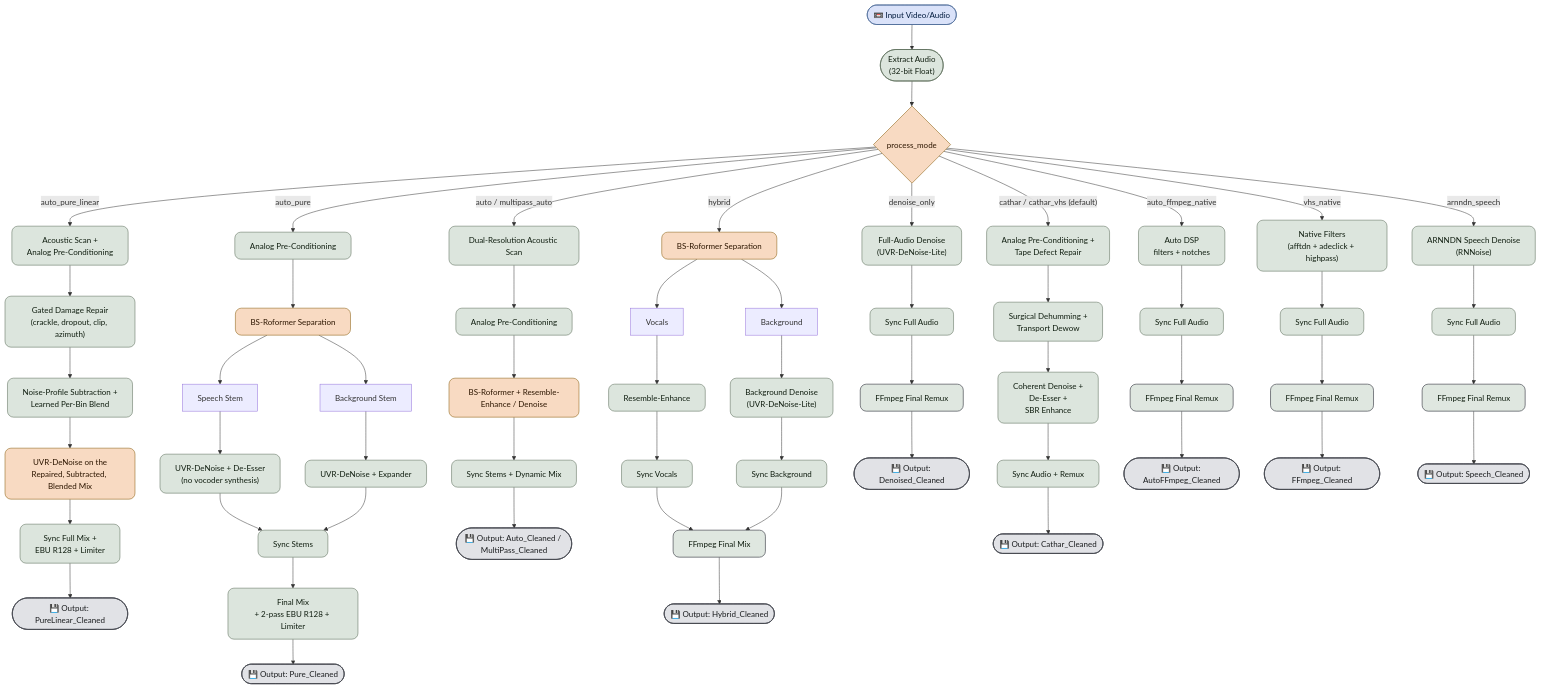
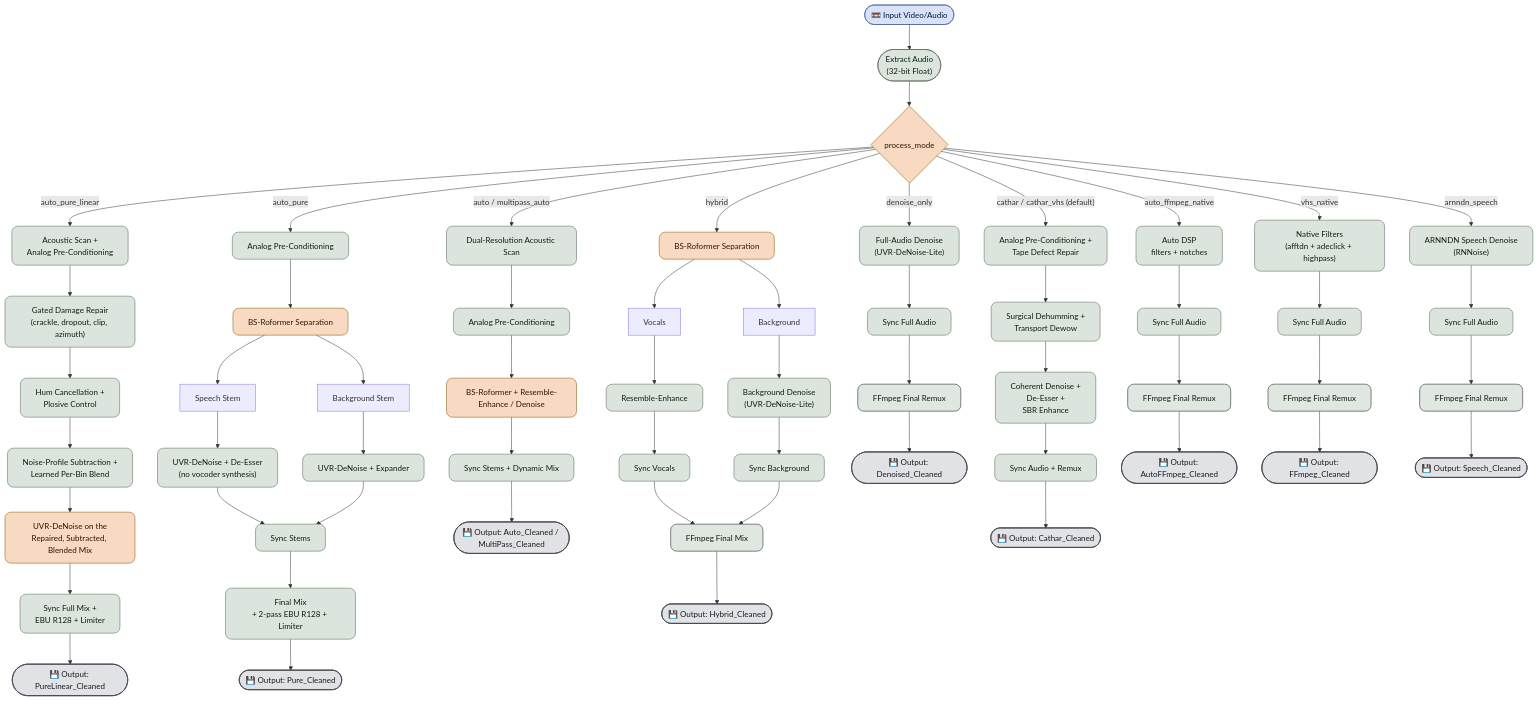
The first of 2 diagrams in README.md (ventura8/AI-Hybrid-VHS-Audio-Restorer), drawn with Mermaid before and after one commit. The commit also changed other lines of this file, not shown here.

Commit message:
Name the hum canceller and plosive control in the README

````diff
--- a/README.md
+++ b/README.md
@@ -226,79 +230,80 @@
 ```mermaid
 flowchart TD
 %% Material You (Material 3) Muted Tonal Palette
 classDef input fill:#DAE2F9,stroke:#3F5F91,stroke-width:1px,color:#001B3E,rx:40,ry:40;
 classDef processing fill:#DCE5DD,stroke:#526350,stroke-width:1px,color:#101E10,rx:12,ry:12;
 classDef model fill:#F8DAC2,stroke:#825500,stroke-width:1px,color:#2D1600,rx:12,ry:12;
 classDef output fill:#E1E2E6,stroke:#44474E,stroke-width:1.5px,color:#1A1C1E,rx:40,ry:40;
 
 A(["📼 Input Video/Audio"]):::input --> B(["Extract Audio<br/>(32-bit Float)"]):::processing
 B --> MODE{"process_mode"}:::model
 
 MODE -->|"auto_pure_linear"| LP1["Acoustic Scan +<br/>Analog Pre-Conditioning"]:::processing
 LP1 --> LPR["Gated Damage Repair<br/>(crackle, dropout, clip, azimuth)"]:::processing
-LPR --> LPS["Noise-Profile Subtraction +<br/>Learned Per-Bin Blend"]:::processing
+LPR --> LPH["Hum Cancellation +<br/>Plosive Control"]:::processing
+LPH --> LPS["Noise-Profile Subtraction +<br/>Learned Per-Bin Blend"]:::processing
 LPS --> LP2["UVR-DeNoise on the<br/>Repaired, Subtracted, Blended Mix"]:::model
 LP2 --> LP3["Sync Full Mix +<br/>EBU R128 + Limiter"]:::processing
 LP3 --> LPOUT(["💾 Output: PureLinear_Cleaned"]):::output
 
 MODE -->|"auto_pure"| PP["Analog Pre-Conditioning"]:::processing
 PP --> PS["BS-Roformer Separation"]:::model
 PS --> PV["Speech Stem"]
 PS --> PB["Background Stem"]
 PV --> PVD["UVR-DeNoise + De-Esser<br/>(no vocoder synthesis)"]:::processing
 PB --> PBD["UVR-DeNoise + Expander"]:::processing
 PVD --> PSY["Sync Stems"]:::processing
 PBD --> PSY
 PSY --> PMIX["Final Mix<br/>+ 2-pass EBU R128 + Limiter"]:::processing
 PMIX --> POUT(["💾 Output: Pure_Cleaned"]):::output
 
 MODE -->|"auto / multipass_auto"| AP1["Dual-Resolution Acoustic Scan"]:::processing
 AP1 --> AP2["Analog Pre-Conditioning"]:::processing
 AP2 --> AP3["BS-Roformer + Resemble-Enhance / Denoise"]:::model
 AP3 --> AP4["Sync Stems + Dynamic Mix"]:::processing
 AP4 --> APOUT(["💾 Output: Auto_Cleaned / MultiPass_Cleaned"]):::output
 
 MODE -->|"hybrid"| RO["BS-Roformer Separation"]:::model
 RO --> V["Vocals"]
 RO --> I["Background"]
 V --> VE["Resemble-Enhance"]:::processing
 I --> BD["Background Denoise<br/>(UVR-DeNoise-Lite)"]:::processing
 VE --> SV["Sync Vocals"]:::processing
 BD --> SB["Sync Background"]:::processing
 SV --> HMIX["FFmpeg Final Mix"]:::processing
 SB --> HMIX
 HMIX --> HOUT(["💾 Output: Hybrid_Cleaned"]):::output
 
 MODE -->|"denoise_only"| FD["Full-Audio Denoise<br/>(UVR-DeNoise-Lite)"]:::processing
 FD --> FS["Sync Full Audio"]:::processing
 FS --> FMUX["FFmpeg Final Remux"]:::processing
 FMUX --> FOUT(["💾 Output: Denoised_Cleaned"]):::output
 
 MODE -->|"cathar / cathar_vhs (default)"| CP1["Analog Pre-Conditioning +<br/>Tape Defect Repair"]:::processing
 CP1 --> CP2["Surgical Dehumming +<br/>Transport Dewow"]:::processing
 CP2 --> CP3["Coherent Denoise +<br/>De-Esser +<br/>SBR Enhance"]:::processing
 CP3 --> CP4["Sync Audio + Remux"]:::processing
 CP4 --> CPOUT(["💾 Output: Cathar_Cleaned"]):::output
 
 MODE -->|"auto_ffmpeg_native"| AFN["Auto DSP<br/>filters + notches"]:::processing
 AFN --> AFS["Sync Full Audio"]:::processing
 AFS --> AFMIX["FFmpeg Final Remux"]:::processing
 AFMIX --> AFOUT(["💾 Output: AutoFFmpeg_Cleaned"]):::output
 
 MODE -->|"vhs_native"| VN["Native Filters<br/>(afftdn + adeclick + highpass)"]:::processing
 VN --> VS["Sync Full Audio"]:::processing
 VS --> VMUX["FFmpeg Final Remux"]:::processing
 VMUX --> VOUT(["💾 Output: FFmpeg_Cleaned"]):::output
 
 MODE -->|"arnndn_speech"| SN["ARNNDN Speech Denoise<br/>(RNNoise)"]:::processing
 SN --> SS["Sync Full Audio"]:::processing
 SS --> SMUX["FFmpeg Final Remux"]:::processing
 SMUX --> SOUT(["💾 Output: Speech_Cleaned"]):::output
 
 %% Material You Subgraph Styling (Subtle Contours)
 style HMIX fill:#DCE5DD,stroke:#44474E,stroke-width:1.5px,opacity:0.9
 style FMUX fill:#DCE5DD,stroke:#44474E,stroke-width:1.5px,opacity:0.9
 style AFMIX fill:#DCE5DD,stroke:#44474E,stroke-width:1.5px,opacity:0.9
 style VMUX fill:#DCE5DD,stroke:#44474E,stroke-width:1.5px,opacity:0.9
 style SMUX fill:#DCE5DD,stroke:#44474E,stroke-width:1.5px,opacity:0.9
 ```
````
